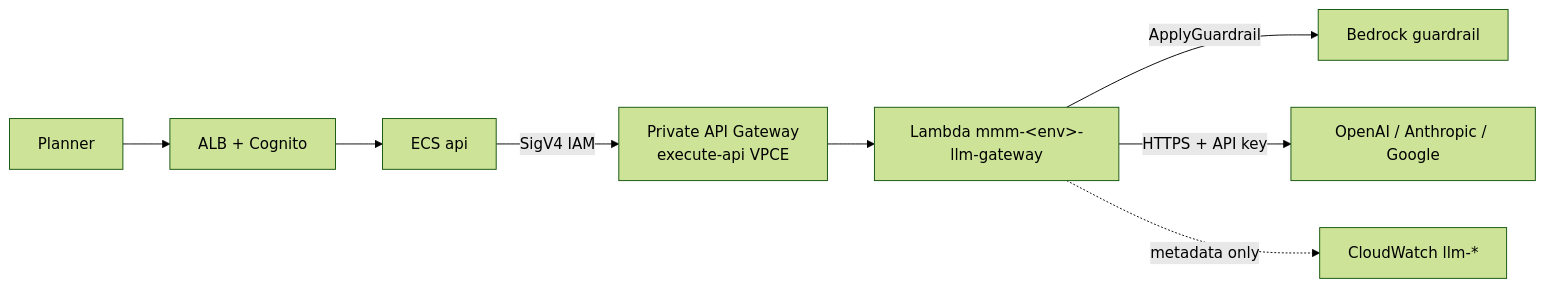
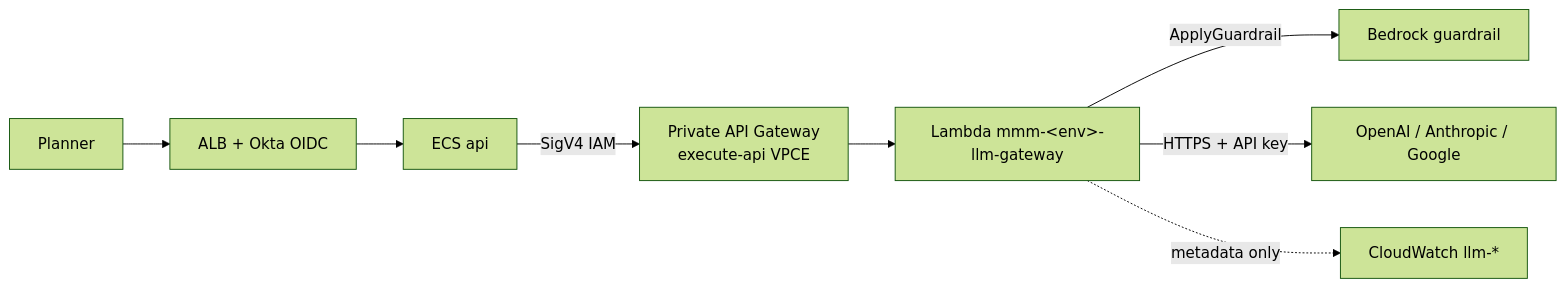
Before and after one commit to Yashwanth-wbd/wbd-aws-devops: the diagram in docs/12-genai-bedrock.md, drawn with Mermaid (forest theme). The commit also changed 138 other files, not shown here.

First line of the commit message:
v3: Okta OIDC at the ALB, RDS PostgreSQL, SQS run queue + dispatcher, Databricks write-back, drift monitor

````diff
--- a/docs/12-genai-bedrock.md
+++ b/docs/12-genai-bedrock.md
@@ -19,9 +19,9 @@
 ```mermaid
 flowchart LR
-  user[Planner] --> alb[ALB + Cognito] --> api[ECS api]
+  user[Planner] --> alb[ALB + Okta OIDC] --> api[ECS api]
   api -->|SigV4 IAM| apigw[Private API Gateway<br/>execute-api VPCE]
   apigw --> lambda[Lambda mmm-&lt;env&gt;-llm-gateway]
   lambda -->|ApplyGuardrail| gr[Bedrock guardrail]
   lambda -->|HTTPS + API key| llm[OpenAI / Anthropic / Google]
   lambda -.metadata only.-> logs[CloudWatch llm-*]
 ```
````
